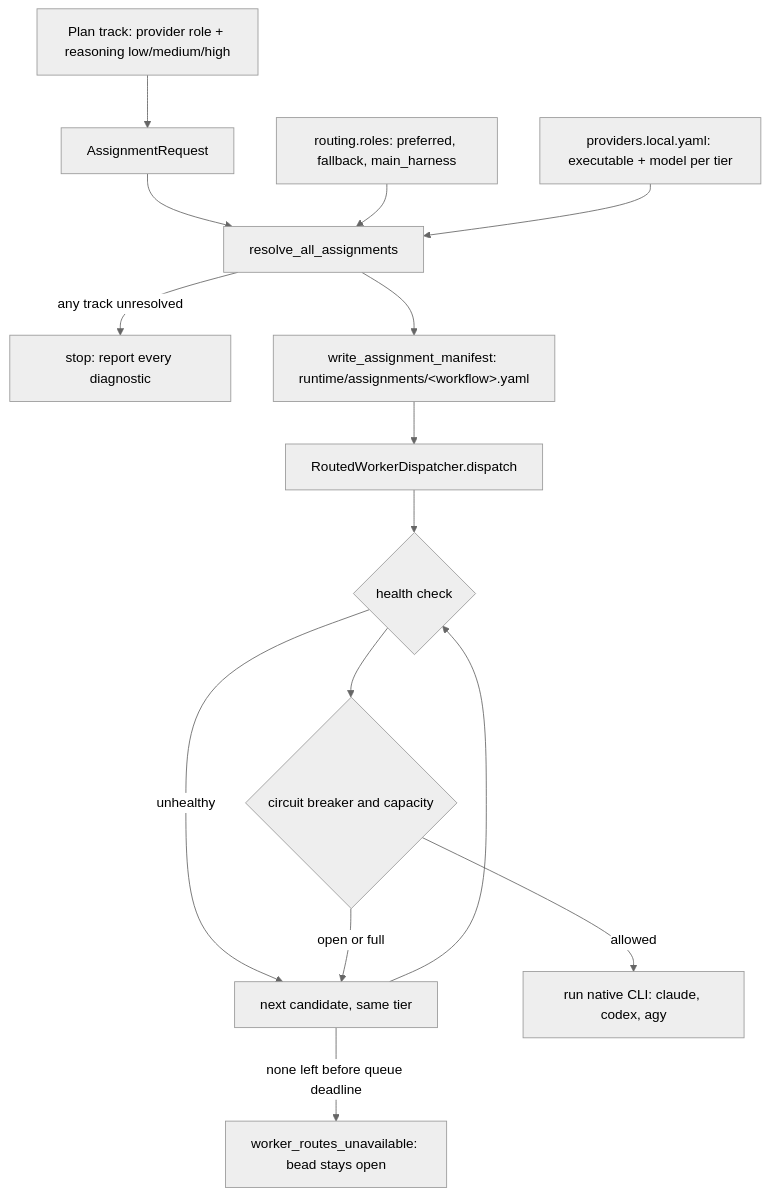
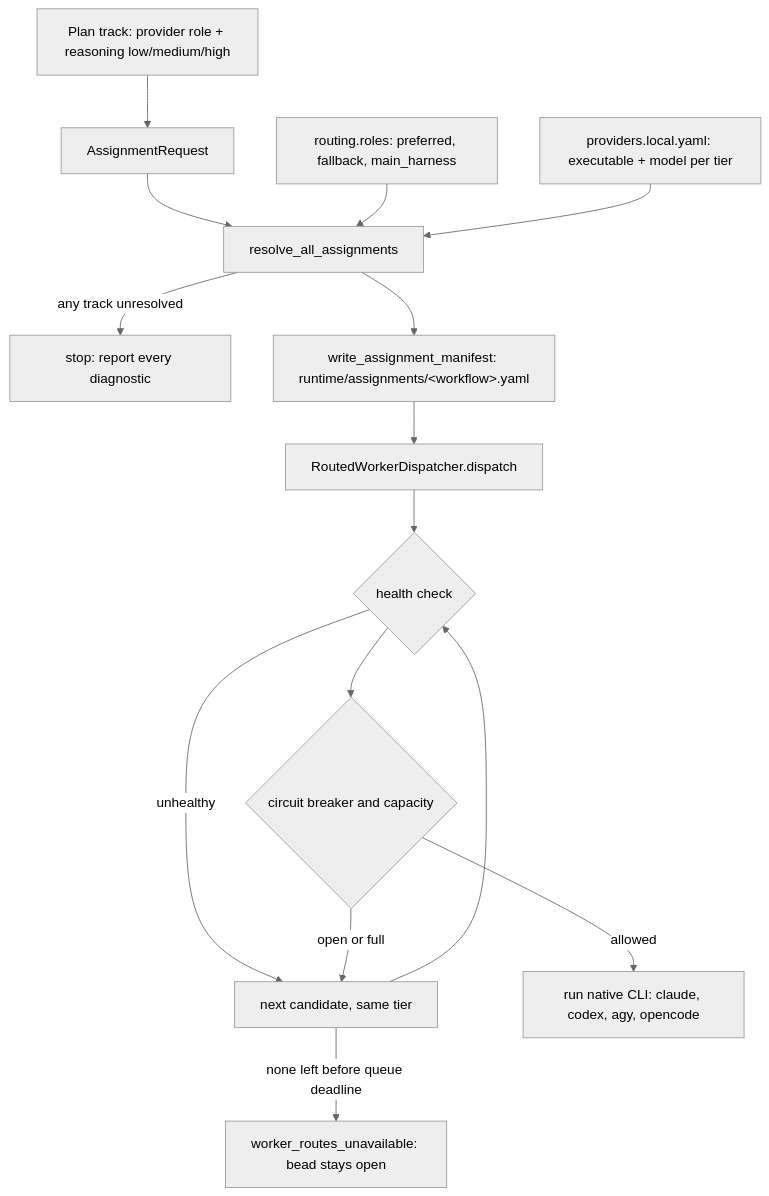
The fourth of 6 diagrams in docs/concepts/architecture.md (giangdhwhtbr/gin-workflow), drawn with Mermaid (neutral theme) before and after one commit. The commit also changed 9 other files, not shown here.

````diff
--- a/docs/concepts/architecture.md
+++ b/docs/concepts/architecture.md
@@ -108,17 +108,17 @@
 ```mermaid
 flowchart TD
     T[Plan track: provider role + reasoning low/medium/high] --> Q[AssignmentRequest]
     Q --> RA[resolve_all_assignments]
     C1[routing.roles: preferred, fallback, main_harness] --> RA
     C2[providers.local.yaml: executable + model per tier] --> RA
     RA -->|any track unresolved| X[stop: report every diagnostic]
     RA --> M[write_assignment_manifest: runtime/assignments/&lt;workflow&gt;.yaml]
     M --> D[RoutedWorkerDispatcher.dispatch]
     D --> H{health check}
     H -->|unhealthy| N[next candidate, same tier]
     H --> CB{circuit breaker and capacity}
     CB -->|open or full| N
     N --> H
-    CB -->|allowed| RUN[run native CLI: claude, codex, agy]
+    CB -->|allowed| RUN[run native CLI: claude, codex, agy, opencode]
     N -->|none left before queue deadline| U[worker_routes_unavailable: bead stays open]
 ```
````
